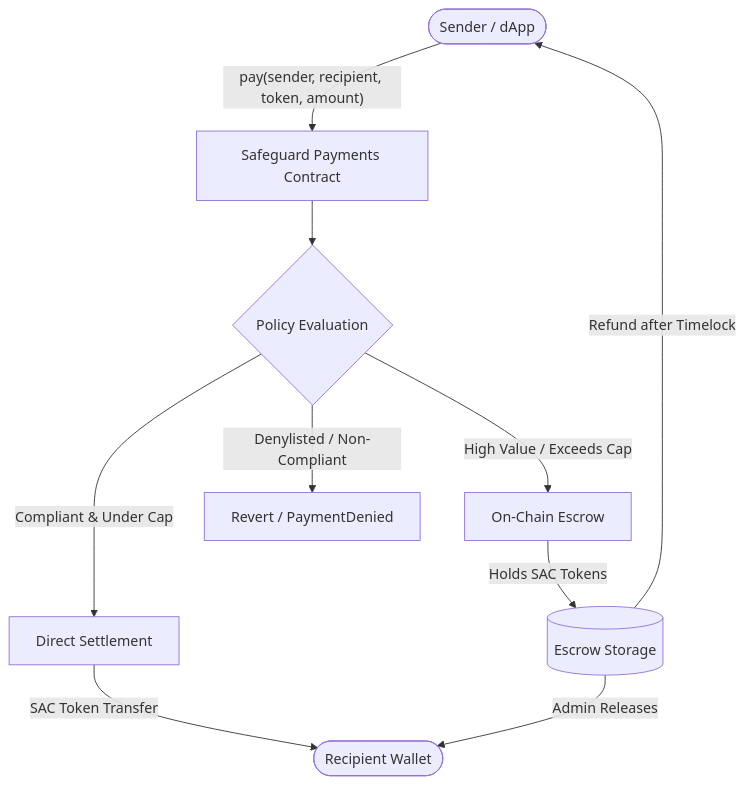
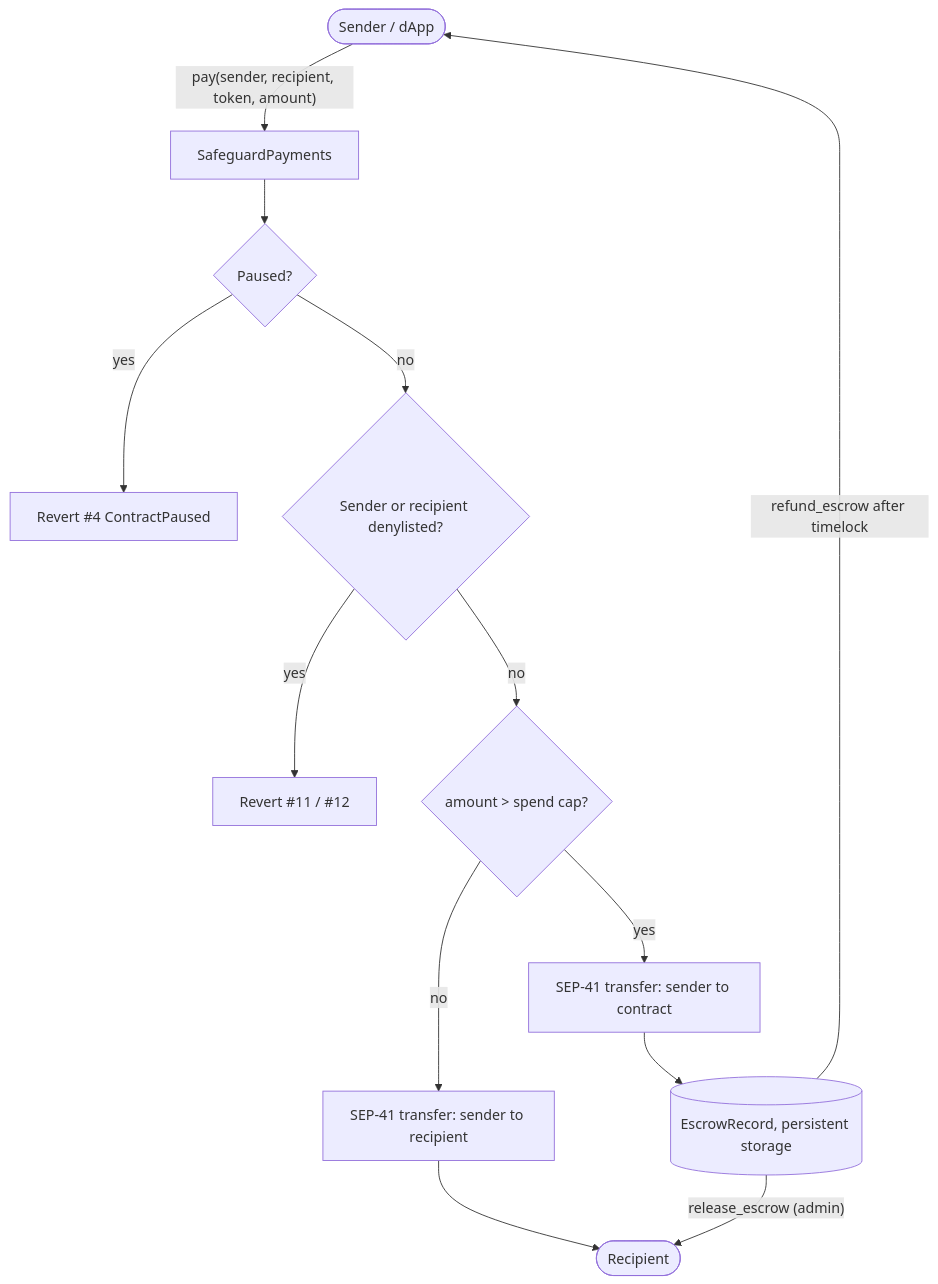
The diagram in README.md (Safeguard-Inc/safeguard-contracts), drawn with Mermaid before and after one commit. The commit also changed other lines of this file and 47 other files, not shown here.

````diff
--- a/README.md
+++ b/README.md
@@ -35,12 +88,15 @@
 ```mermaid
 flowchart TD
-    User(["Sender / dApp"]) -->|"pay(sender, recipient, token, amount)"| Contract["Safeguard Payments Contract"]
-    Contract --> Check{"Policy Evaluation"}
-    Check -->|"Compliant & Under Cap"| Approve["Direct Settlement"]
-    Approve -->|"SAC Token Transfer"| Recipient(["Recipient Wallet"])
-    Check -->|"High Value / Exceeds Cap"| Escrow["On-Chain Escrow"]
-    Escrow -->|"Holds SAC Tokens"| Vault[("Escrow Storage")]
-    Vault -->|"Admin Releases"| Recipient
-    Vault -->|"Refund after Timelock"| User
-    Check -->|"Denylisted / Non-Compliant"| Revert["Revert / PaymentDenied"]
+    Sender(["Sender / dApp"]) -->|"pay(sender, recipient, token, amount)"| Pay["SafeguardPayments"]
+    Pay --> Paused{"Paused?"}
+    Paused -->|"yes"| E4["Revert #4 ContractPaused"]
+    Paused -->|"no"| Deny{"Sender or recipient denylisted?"}
+    Deny -->|"yes"| E11["Revert #11 / #12"]
+    Deny -->|"no"| Cap{"amount > spend cap?"}
+    Cap -->|"no"| Direct["SEP-41 transfer: sender to recipient"]
+    Direct --> Recipient(["Recipient"])
+    Cap -->|"yes"| Escrow["SEP-41 transfer: sender to contract"]
+    Escrow --> Vault[("EscrowRecord, persistent storage")]
+    Vault -->|"release_escrow (admin)"| Recipient
+    Vault -->|"refund_escrow after timelock"| Sender
 ```
````
